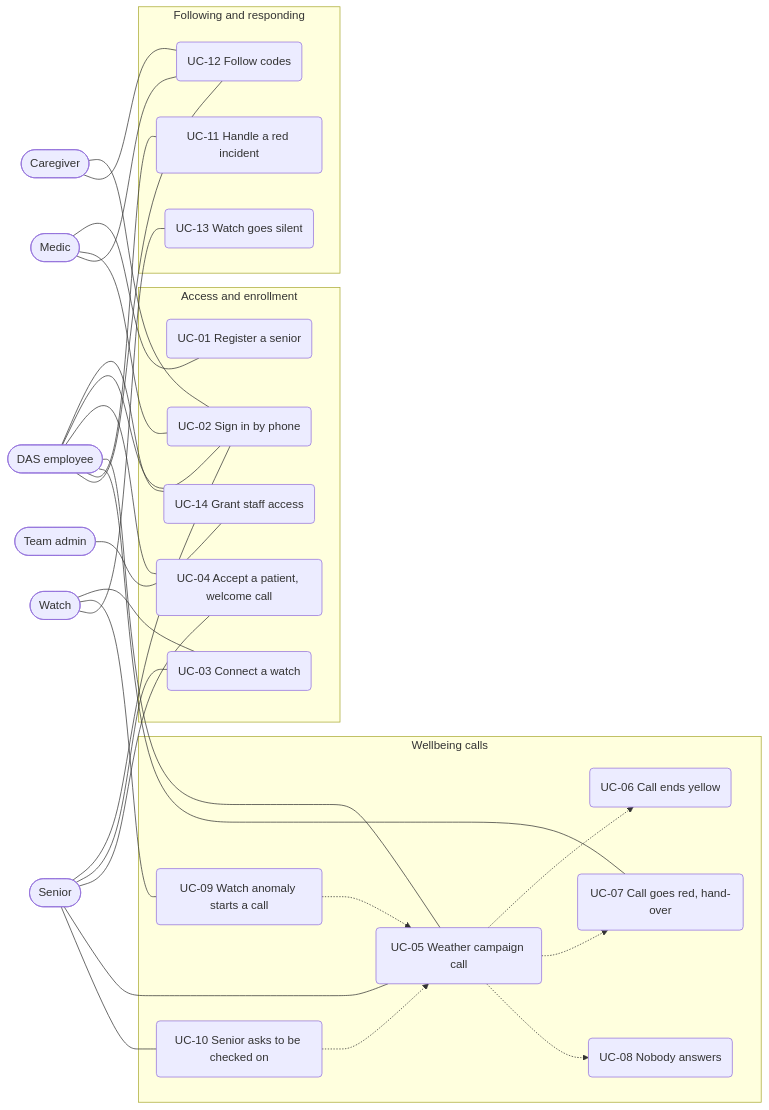
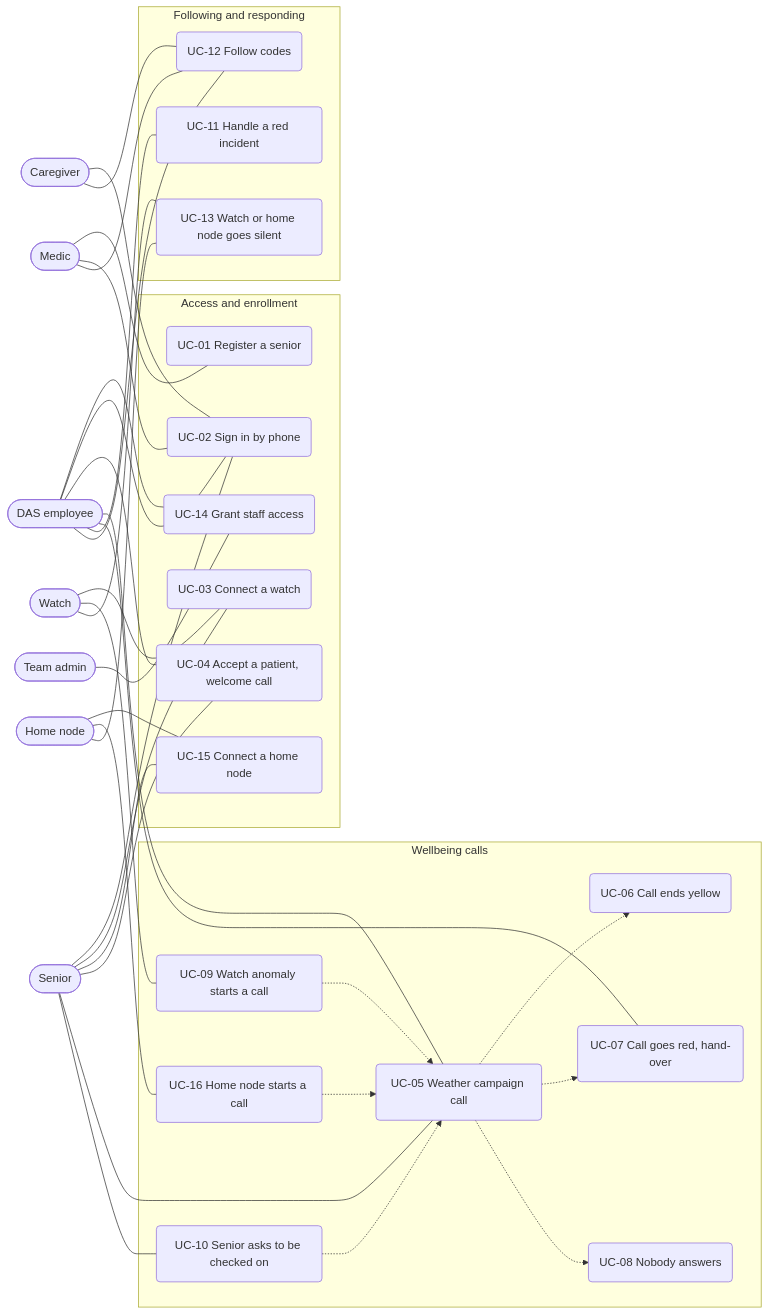
The first of 8 diagrams in docs/specs/sentinela/02-use-cases.md (paulhondola/EchoCare), drawn with Mermaid before and after one commit. The commit also changed other lines of this file and 6 other files, not shown here.

Commit message:
docs(spec): add home node, watch fall detection and room temperature check (P19-P22)

````diff
--- a/docs/specs/sentinela/02-use-cases.md
+++ b/docs/specs/sentinela/02-use-cases.md
@@ -20,60 +21,68 @@
 ```mermaid
 flowchart LR
     ADM(["Team admin"])
     SEN(["Senior"])
     WAT(["Watch"])
+    NOD(["Home node"])
     CAR(["Caregiver"])
     MED(["Medic"])
     DAS(["DAS employee"])
 
     subgraph ENR["Access and enrollment"]
         UC14("UC-14 Grant staff access")
         UC01("UC-01 Register a senior")
         UC02("UC-02 Sign in by phone")
         UC03("UC-03 Connect a watch")
+        UC15("UC-15 Connect a home node")
         UC04("UC-04 Accept a patient, welcome call")
     end
 
     subgraph CALLS["Wellbeing calls"]
         UC05("UC-05 Weather campaign call")
         UC06("UC-06 Call ends yellow")
         UC07("UC-07 Call goes red, hand-over")
         UC08("UC-08 Nobody answers")
         UC09("UC-09 Watch anomaly starts a call")
         UC10("UC-10 Senior asks to be checked on")
+        UC16("UC-16 Home node starts a call")
     end
 
     subgraph FOLLOW["Following and responding"]
         UC11("UC-11 Handle a red incident")
         UC12("UC-12 Follow codes")
-        UC13("UC-13 Watch goes silent")
+        UC13("UC-13 Watch or home node goes silent")
     end
 
     ADM --- UC14
     DAS --- UC14
     MED --- UC01
     MED --- UC02
     CAR --- UC02
     SEN --- UC02
     DAS --- UC02
     SEN --- UC03
     WAT --- UC03
+    SEN --- UC15
+    NOD --- UC15
     DAS --- UC04
     SEN --- UC04
     SEN --- UC05
     SEN --- UC10
     WAT --- UC09
     WAT --- UC13
+    NOD --- UC16
+    NOD --- UC13
     DAS --- UC05
     DAS --- UC07
     DAS --- UC11
     MED --- UC12
     CAR --- UC12
     DAS --- UC12
 
     UC05 -.-> UC06
     UC05 -.-> UC07
     UC05 -.-> UC08
     UC09 -.-> UC05
     UC10 -.-> UC05
+    UC16 -.-> UC05
 ```
````
